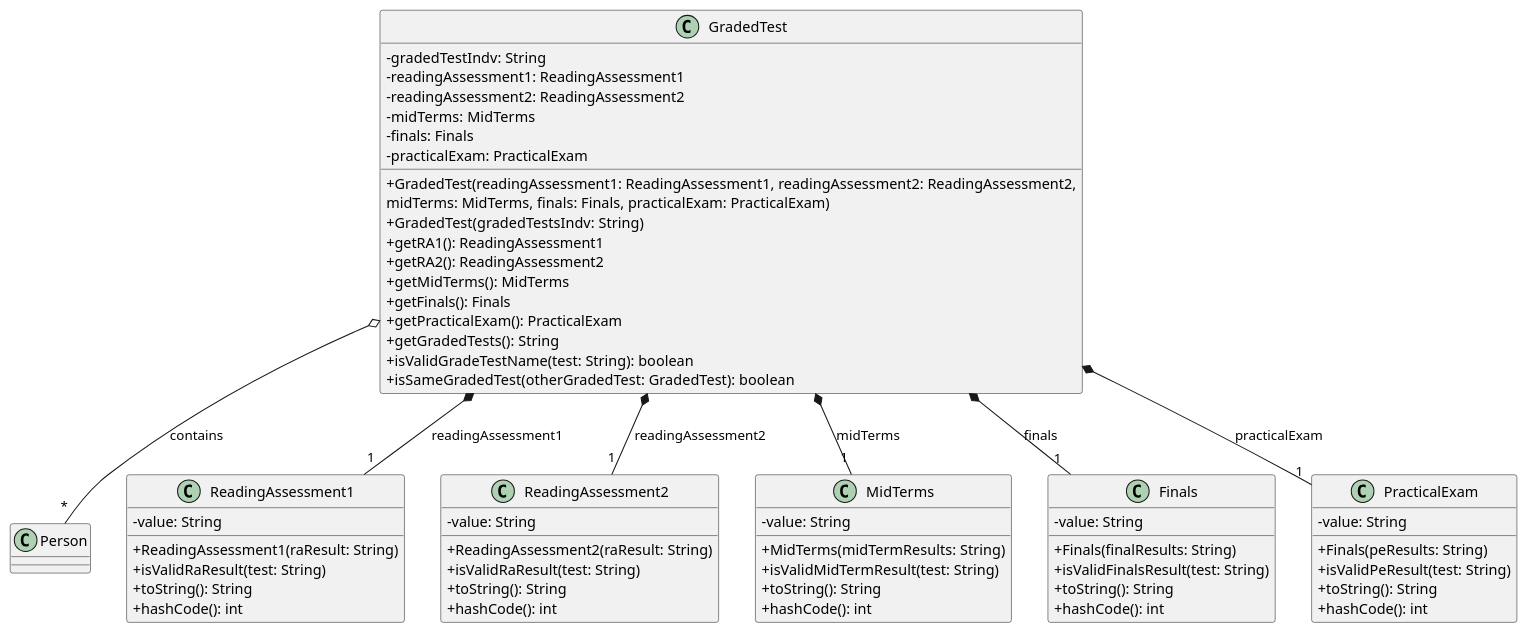
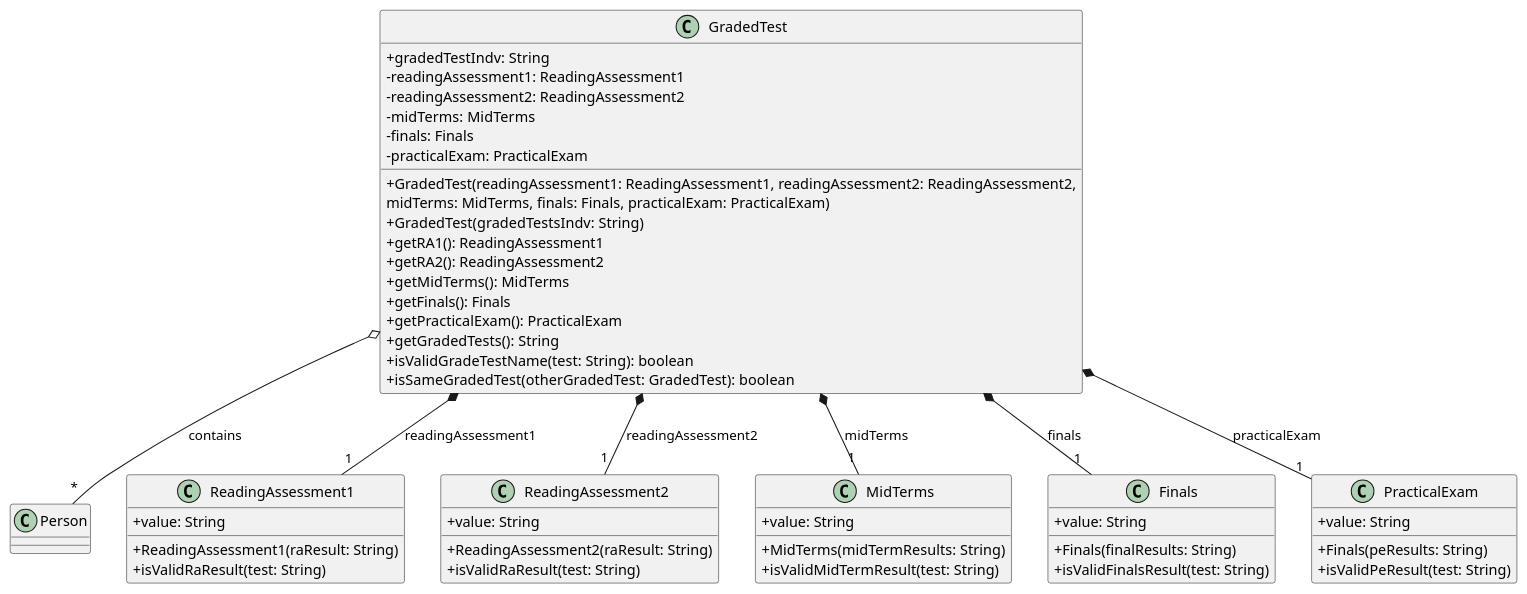
Before and after one commit to raydenlim/tp: the diagram in docs/diagrams/GradedTestClassDiagram.puml, drawn with PlantUML. The commit also changed 1 other file, not shown here.

Commit message:
Fix logic errors with UML

```diff
--- a/docs/diagrams/GradedTestClassDiagram.puml
+++ b/docs/diagrams/GradedTestClassDiagram.puml
@@ -1,76 +1,66 @@
 @startuml GradedTest
 skinparam classAttributeIconSize 0
 
 class Person {
 }
 
 class GradedTest {
-    - gradedTestIndv: String
+    + gradedTestIndv: String
     - readingAssessment1: ReadingAssessment1
     - readingAssessment2: ReadingAssessment2
     - midTerms: MidTerms
     - finals: Finals
     - practicalExam: PracticalExam
     + GradedTest(readingAssessment1: ReadingAssessment1, readingAssessment2: ReadingAssessment2,
           midTerms: MidTerms, finals: Finals, practicalExam: PracticalExam)
     + GradedTest(gradedTestsIndv: String)
     + getRA1(): ReadingAssessment1
     + getRA2(): ReadingAssessment2
     + getMidTerms(): MidTerms
     + getFinals(): Finals
     + getPracticalExam(): PracticalExam
     + getGradedTests(): String
     + isValidGradeTestName(test: String): boolean
     + isSameGradedTest(otherGradedTest: GradedTest): boolean
 }
 
 class ReadingAssessment1 {
-    - value: String
+    + value: String
     + ReadingAssessment1(raResult: String)
     + isValidRaResult(test: String)
-    + toString(): String
-    + hashCode(): int
 }
 
 class ReadingAssessment2 {
-    - value: String
+    + value: String
     + ReadingAssessment2(raResult: String)
     + isValidRaResult(test: String)
-    + toString(): String
-    + hashCode(): int
 }
 
 class MidTerms {
-    - value: String
+    + value: String
     + MidTerms(midTermResults: String)
     + isValidMidTermResult(test: String)
-    + toString(): String
-    + hashCode(): int
 }
 
 class Finals {
-    - value: String
+    + value: String
     + Finals(finalResults: String)
     + isValidFinalsResult(test: String)
-    + toString(): String
-    + hashCode(): int
 }
 
 class PracticalExam {
-    - value: String
+    + value: String
     + Finals(peResults: String)
     + isValidPeResult(test: String)
-    + toString(): String
-    + hashCode(): int
 }
 
 
 GradedTest o-- "*" Person: contains
 GradedTest *-- "1" ReadingAssessment1: readingAssessment1
 GradedTest *-- "1" ReadingAssessment2: readingAssessment2
 GradedTest *-- "1" MidTerms: midTerms
 GradedTest *-- "1" Finals: finals
 GradedTest *-- "1" PracticalExam: practicalExam
 
 
 @enduml
```
